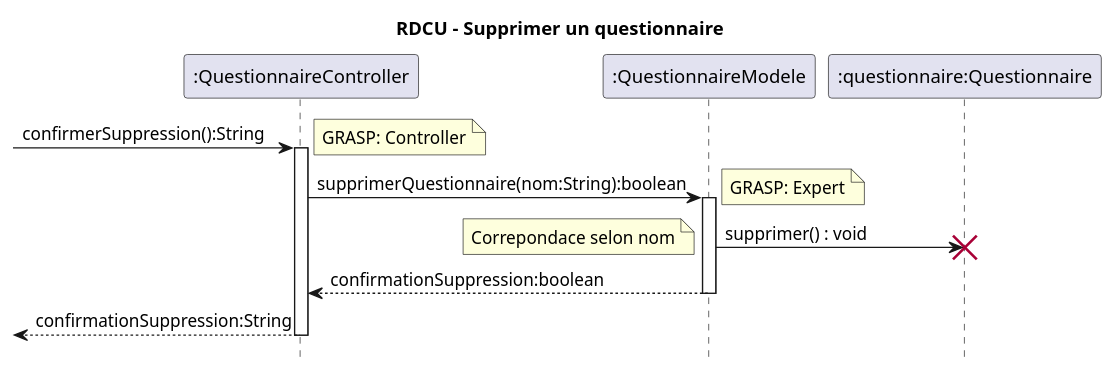
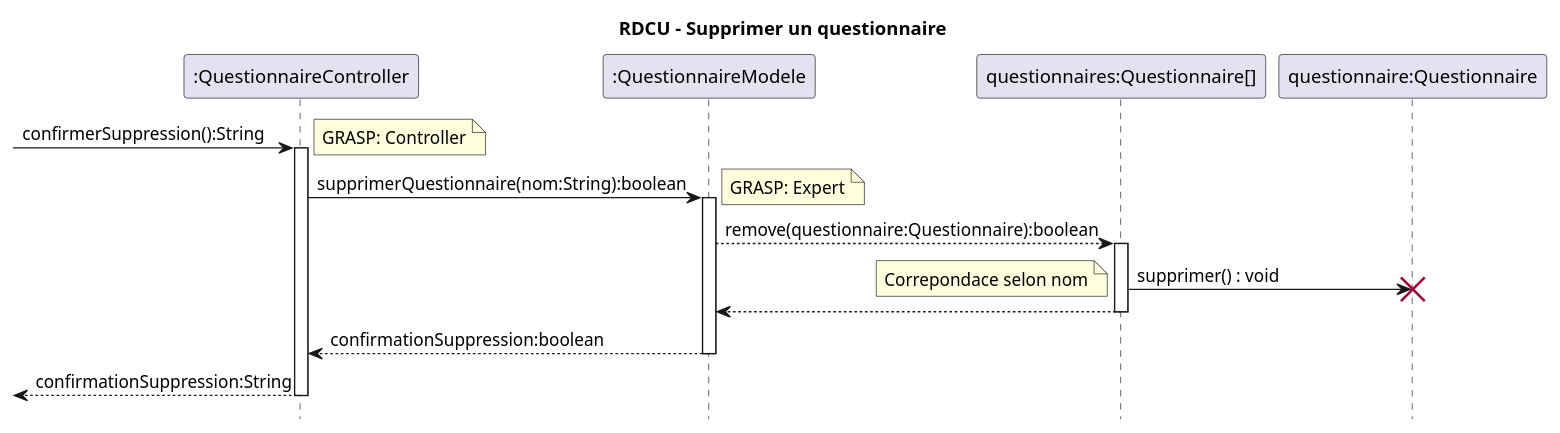
The diagram in docs/modeles/updts/cu05/v2-rdcu-confirmer-suppression.puml (xMrYahya/moodle-clone), drawn with PlantUML before and after one commit. The commit also changed 9 other files, not shown here.

Commit message:
fix de diagrammes

```diff
--- a/docs/modeles/updts/cu05/v2-rdcu-confirmer-suppression.puml
+++ b/docs/modeles/updts/cu05/v2-rdcu-confirmer-suppression.puml
@@ -1,21 +1,25 @@
 @startuml
 hide footbox
 title RDCU - Supprimer un questionnaire
 
 participant ":QuestionnaireController" as controller
 participant ":QuestionnaireModele" as questionnaireModele
-participant ":questionnaire:Questionnaire" as questionnaire
+participant "questionnaires:Questionnaire[]" as questionnaires
+participant "questionnaire:Questionnaire" as questionnaire
 
 -> controller ++: confirmerSuppression():String
 note right: GRASP: Controller
 controller -> questionnaireModele ++: supprimerQuestionnaire(nom:String):boolean
 note right: GRASP: Expert
 
-questionnaireModele -> questionnaire !!: supprimer() : void
+questionnaireModele --> questionnaires ++: remove(questionnaire:Questionnaire):boolean
+
+questionnaires -> questionnaire !!: supprimer() : void
 note left: Correpondace selon nom
 
+questionnaires --> questionnaireModele --: 
 
 questionnaireModele --> controller --: confirmationSuppression:boolean
 <-- controller --: confirmationSuppression:String
 
 @enduml
```
